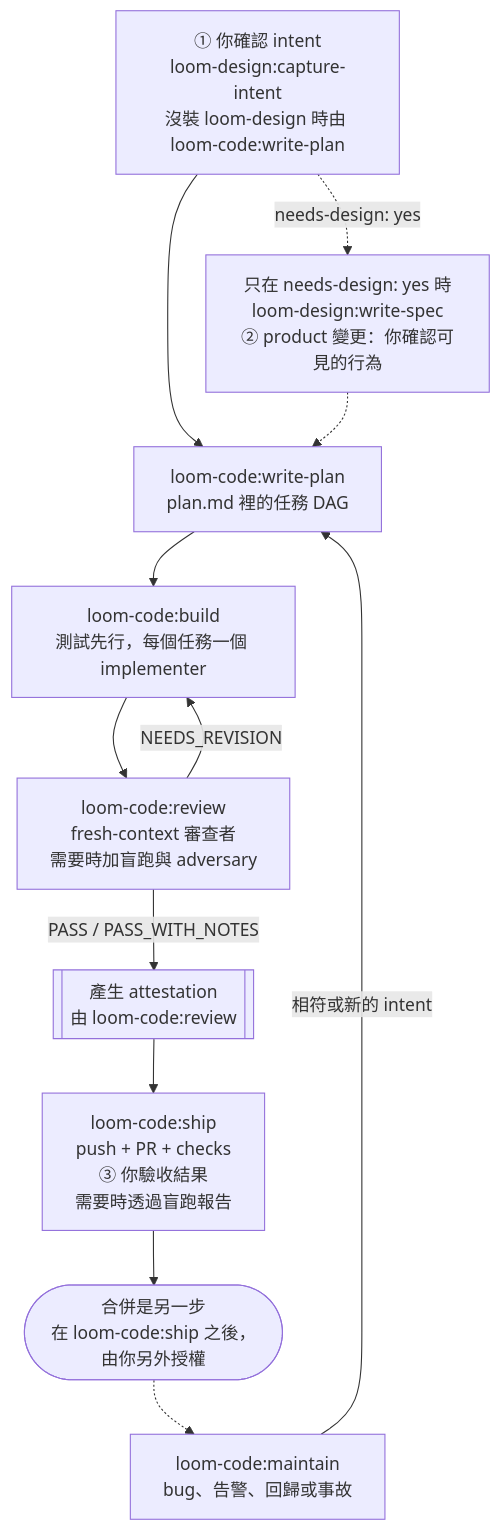
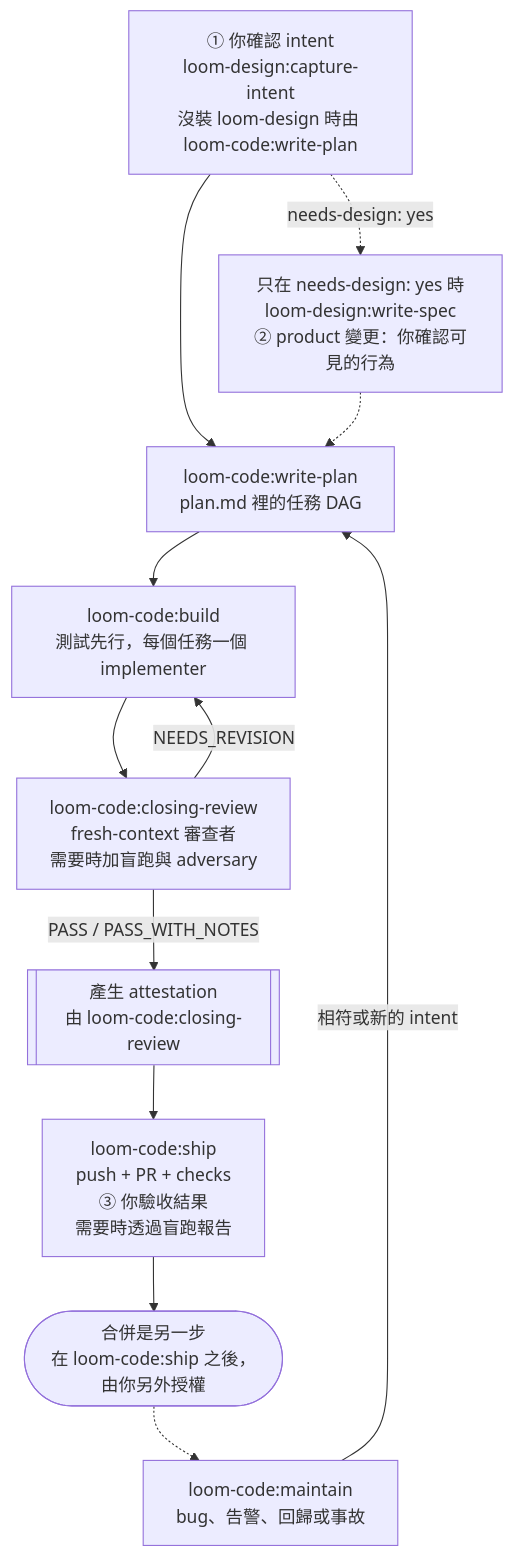
One commit to kouko/loom-plugins changed the diagram in loom-code/README.zh-TW.md. Above: the diagram before and after it, drawn with Mermaid. The commit also changed other lines of this file and 91 other files, not shown here.

First line of the commit message:
feat(loom): support Antigravity CLI and rename review to closing-review (#8)

````diff
--- a/loom-code/README.zh-TW.md
+++ b/loom-code/README.zh-TW.md
@@ -17,24 +17,24 @@
 ```mermaid
 flowchart TD
     intent["① 你確認 intent<br/>loom-design:capture-intent<br/>沒裝 loom-design 時由 loom-code:write-plan"]
     spec["只在 needs-design: yes 時<br/>loom-design:write-spec<br/>② product 變更：你確認可見的行為"]
     plan["loom-code:write-plan<br/>plan.md 裡的任務 DAG"]
     build["loom-code:build<br/>測試先行，每個任務一個 implementer"]
-    review["loom-code:review<br/>fresh-context 審查者<br/>需要時加盲跑與 adversary"]
-    attest[["產生 attestation<br/>由 loom-code:review"]]
+    review["loom-code:closing-review<br/>fresh-context 審查者<br/>需要時加盲跑與 adversary"]
+    attest[["產生 attestation<br/>由 loom-code:closing-review"]]
     ship["loom-code:ship<br/>push + PR + checks<br/>③ 你驗收結果<br/>需要時透過盲跑報告"]
     merged(["合併是另一步<br/>在 loom-code:ship 之後，由你另外授權"])
     maintain["loom-code:maintain<br/>bug、告警、回歸或事故"]
 
     intent --> plan
     intent -.->|"needs-design: yes"| spec
     spec -.-> plan
     plan --> build
     build --> review
     review -->|"NEEDS_REVISION"| build
     review -->|"PASS / PASS_WITH_NOTES"| attest
     attest --> ship
     ship --> merged
     merged -.-> maintain
     maintain -->|"相符或新的 intent"| plan
 ```
````
